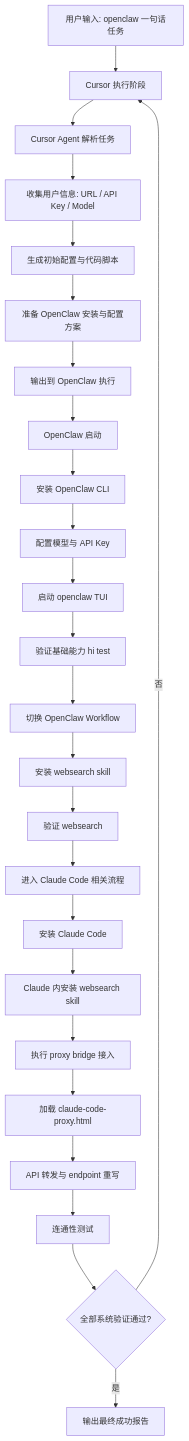
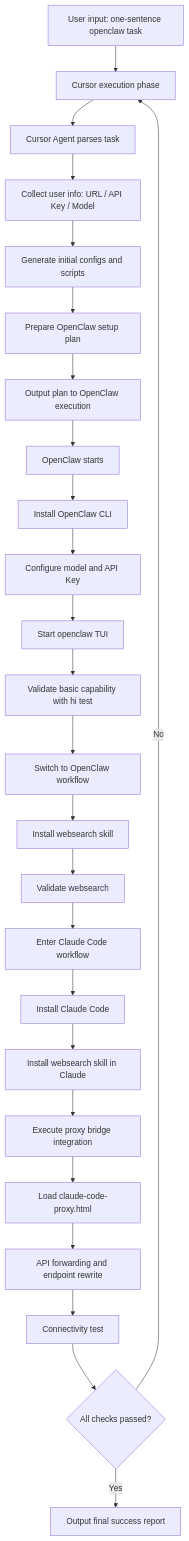
The diagram in README.md (Haodong-Lei-Ray/concatagents), drawn with Mermaid before and after one commit. The commit also changed other lines of this file and 1 other file, not shown here.

````diff
--- a/README.md
+++ b/README.md
@@ -123,27 +125,27 @@
 ```mermaid
 flowchart TD
-A["用户输入: openclaw 一句话任务"] --> B["Cursor 执行阶段"]
-B --> C["Cursor Agent 解析任务"]
-C --> C1["收集用户信息: URL / API Key / Model"]
-C1 --> C2["生成初始配置与代码脚本"]
-C2 --> C3["准备 OpenClaw 安装与配置方案"]
-C3 --> D["输出到 OpenClaw 执行"]
-D --> E["OpenClaw 启动"]
-E --> E1["安装 OpenClaw CLI"]
-E1 --> E2["配置模型与 API Key"]
-E2 --> E3["启动 openclaw TUI"]
-E3 --> F["验证基础能力 hi test"]
-F --> G["切换 OpenClaw Workflow"]
-G --> G1["安装 websearch skill"]
-G1 --> G2["验证 websearch"]
-G2 --> H["进入 Claude Code 相关流程"]
-H --> H1["安装 Claude Code"]
-H1 --> H2["Claude 内安装 websearch skill"]
-H2 --> I["执行 proxy bridge 接入"]
-I --> I1["加载 claude-code-proxy.html"]
-I1 --> I2["API 转发与 endpoint 重写"]
-I2 --> I3["连通性测试"]
-I3 --> J{"全部系统验证通过?"}
-J -->|否| B
-J -->|是| K["输出最终成功报告"]
+A["User input: one-sentence openclaw task"] --> B["Cursor execution phase"]
+B --> C["Cursor Agent parses task"]
+C --> C1["Collect user info: URL / API Key / Model"]
+C1 --> C2["Generate initial configs and scripts"]
+C2 --> C3["Prepare OpenClaw setup plan"]
+C3 --> D["Output plan to OpenClaw execution"]
+D --> E["OpenClaw starts"]
+E --> E1["Install OpenClaw CLI"]
+E1 --> E2["Configure model and API Key"]
+E2 --> E3["Start openclaw TUI"]
+E3 --> F["Validate basic capability with hi test"]
+F --> G["Switch to OpenClaw workflow"]
+G --> G1["Install websearch skill"]
+G1 --> G2["Validate websearch"]
+G2 --> H["Enter Claude Code workflow"]
+H --> H1["Install Claude Code"]
+H1 --> H2["Install websearch skill in Claude"]
+H2 --> I["Execute proxy bridge integration"]
+I --> I1["Load claude-code-proxy.html"]
+I1 --> I2["API forwarding and endpoint rewrite"]
+I2 --> I3["Connectivity test"]
+I3 --> J{"All checks passed?"}
+J -->|No| B
+J -->|Yes| K["Output final success report"]
 ```
````
